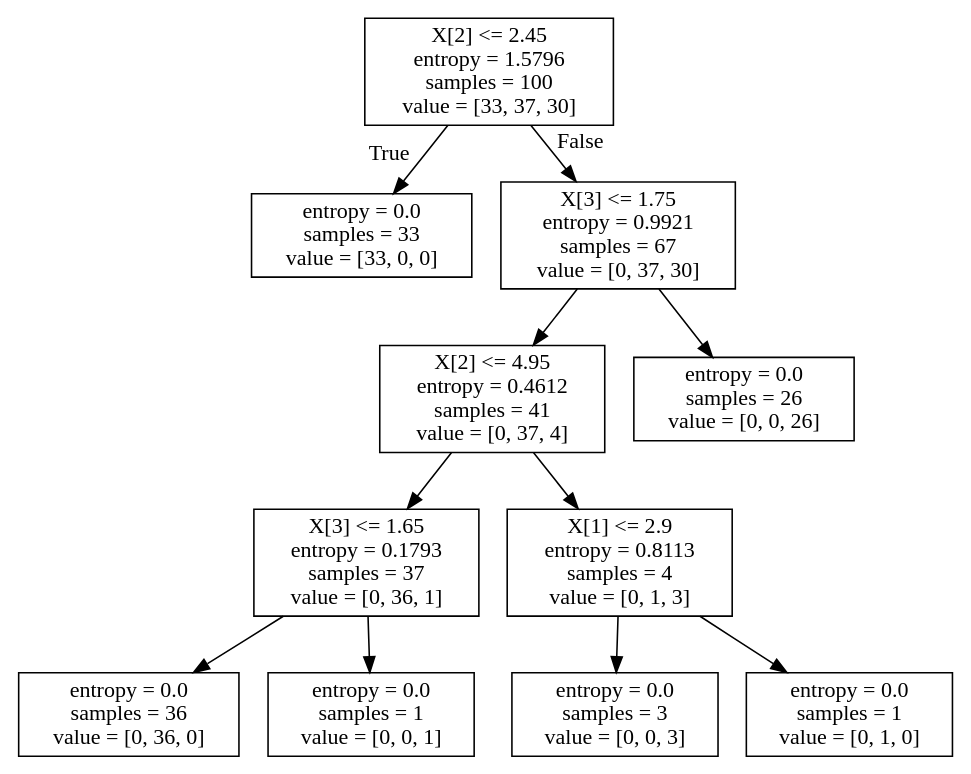
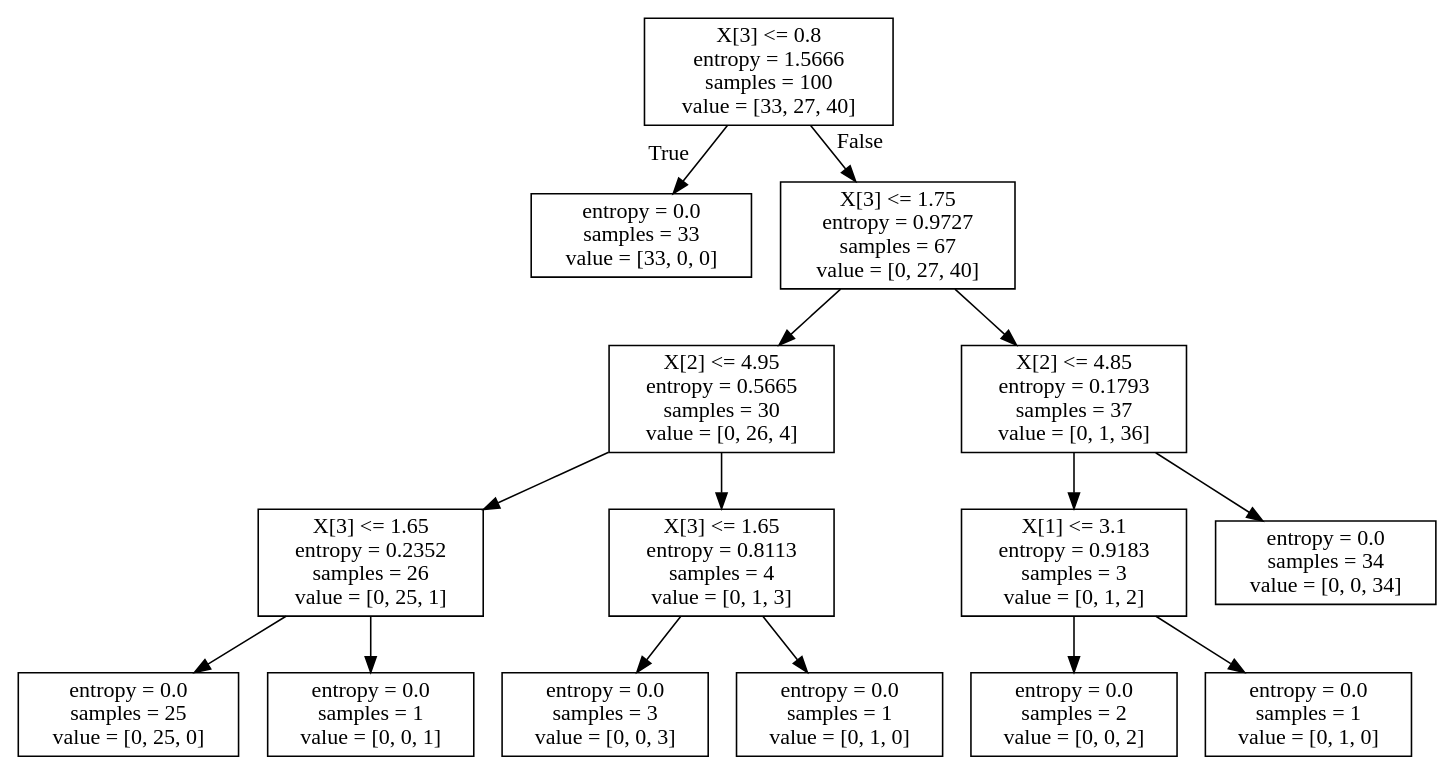
The diagram in notes/imgs/tree.dot (boltofdeathbeam/cs4660-fall-2017), drawn with Graphviz before and after one commit. The commit also changed 6 other files, not shown here.

```diff
--- a/notes/imgs/tree.dot
+++ b/notes/imgs/tree.dot
@@ -1,24 +1,32 @@
 digraph Tree {
 node [shape=box] ;
-0 [label="X[2] <= 2.45\nentropy = 1.5796\nsamples = 100\nvalue = [33, 37, 30]"] ;
+0 [label="X[3] <= 0.8\nentropy = 1.5666\nsamples = 100\nvalue = [33, 27, 40]"] ;
 1 [label="entropy = 0.0\nsamples = 33\nvalue = [33, 0, 0]"] ;
 0 -> 1 [labeldistance=2.5, labelangle=45, headlabel="True"] ;
-2 [label="X[3] <= 1.75\nentropy = 0.9921\nsamples = 67\nvalue = [0, 37, 30]"] ;
+2 [label="X[3] <= 1.75\nentropy = 0.9727\nsamples = 67\nvalue = [0, 27, 40]"] ;
 0 -> 2 [labeldistance=2.5, labelangle=-45, headlabel="False"] ;
-3 [label="X[2] <= 4.95\nentropy = 0.4612\nsamples = 41\nvalue = [0, 37, 4]"] ;
+3 [label="X[2] <= 4.95\nentropy = 0.5665\nsamples = 30\nvalue = [0, 26, 4]"] ;
 2 -> 3 ;
-4 [label="X[3] <= 1.65\nentropy = 0.1793\nsamples = 37\nvalue = [0, 36, 1]"] ;
+4 [label="X[3] <= 1.65\nentropy = 0.2352\nsamples = 26\nvalue = [0, 25, 1]"] ;
 3 -> 4 ;
-5 [label="entropy = 0.0\nsamples = 36\nvalue = [0, 36, 0]"] ;
+5 [label="entropy = 0.0\nsamples = 25\nvalue = [0, 25, 0]"] ;
 4 -> 5 ;
 6 [label="entropy = 0.0\nsamples = 1\nvalue = [0, 0, 1]"] ;
 4 -> 6 ;
-7 [label="X[1] <= 2.9\nentropy = 0.8113\nsamples = 4\nvalue = [0, 1, 3]"] ;
+7 [label="X[3] <= 1.65\nentropy = 0.8113\nsamples = 4\nvalue = [0, 1, 3]"] ;
 3 -> 7 ;
 8 [label="entropy = 0.0\nsamples = 3\nvalue = [0, 0, 3]"] ;
 7 -> 8 ;
 9 [label="entropy = 0.0\nsamples = 1\nvalue = [0, 1, 0]"] ;
 7 -> 9 ;
-10 [label="entropy = 0.0\nsamples = 26\nvalue = [0, 0, 26]"] ;
+10 [label="X[2] <= 4.85\nentropy = 0.1793\nsamples = 37\nvalue = [0, 1, 36]"] ;
 2 -> 10 ;
+11 [label="X[1] <= 3.1\nentropy = 0.9183\nsamples = 3\nvalue = [0, 1, 2]"] ;
+10 -> 11 ;
+12 [label="entropy = 0.0\nsamples = 2\nvalue = [0, 0, 2]"] ;
+11 -> 12 ;
+13 [label="entropy = 0.0\nsamples = 1\nvalue = [0, 1, 0]"] ;
+11 -> 13 ;
+14 [label="entropy = 0.0\nsamples = 34\nvalue = [0, 0, 34]"] ;
+10 -> 14 ;
 }
```
